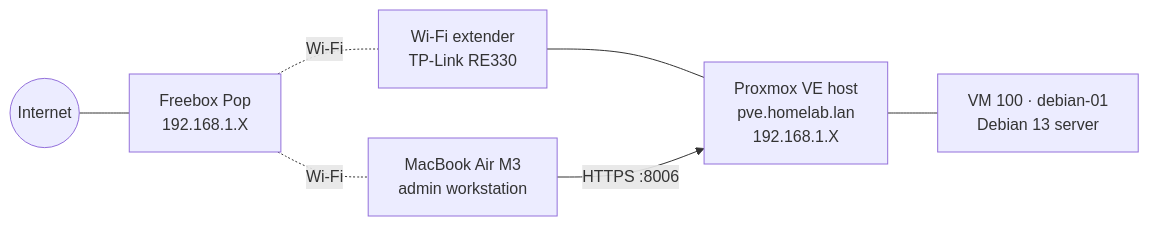
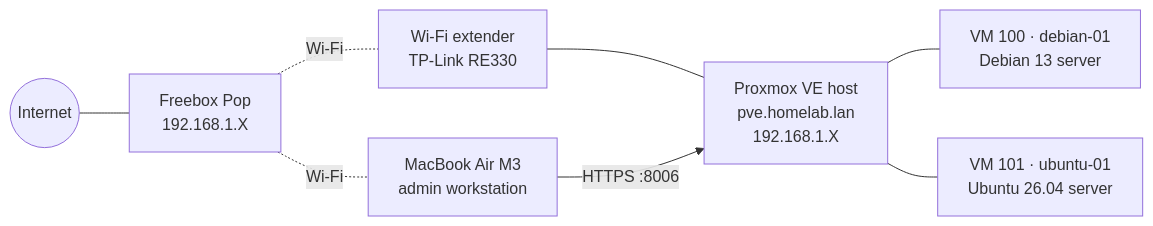
Before and after one commit to ObrouEva/homelab: the diagram in README.md, drawn with Mermaid. The commit also changed other lines of this file and 2 other files, not shown here.

Commit message:
Week 02 done: project 05 conclusion, Debian vs Ubuntu verdict, indexes updated

````diff
--- a/README.md
+++ b/README.md
@@ -23,9 +23,10 @@
 ```mermaid
 flowchart LR
     Internet((Internet)) --- Box[Freebox Pop<br/>192.168.1.X]
     Box -. Wi-Fi .- RE[Wi-Fi extender<br/>TP-Link RE330]
     RE --- PVE[Proxmox VE host<br/>pve.homelab.lan<br/>192.168.1.X]
     PVE --- VM1[VM 100 · debian-01<br/>Debian 13 server]
+    PVE --- VM2[VM 101 · ubuntu-01<br/>Ubuntu 26.04 server]
     Box -. Wi-Fi .- Mac[MacBook Air M3<br/>admin workstation]
     Mac -- "HTTPS :8006" --> PVE
 ```
````
